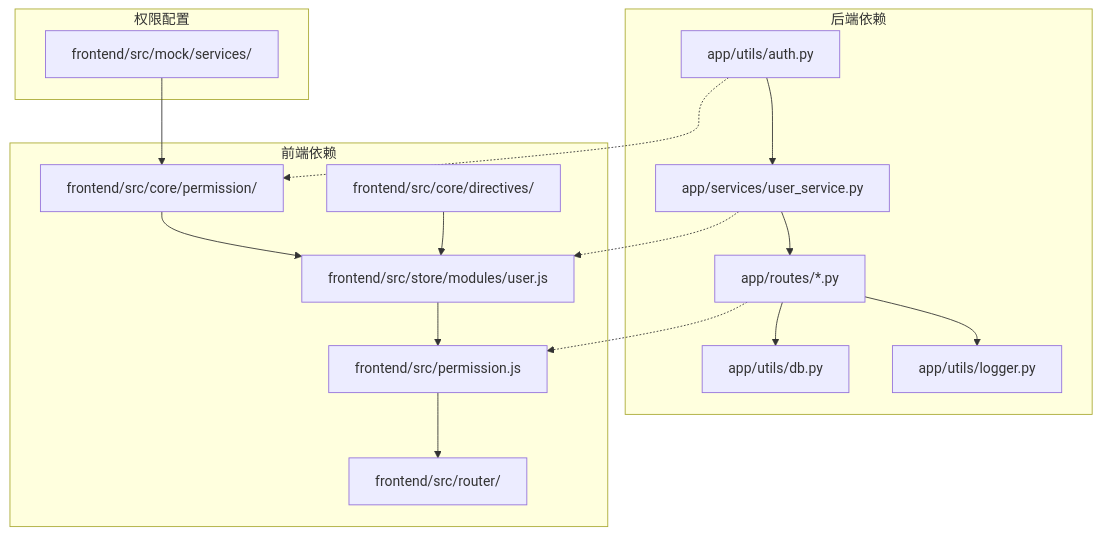
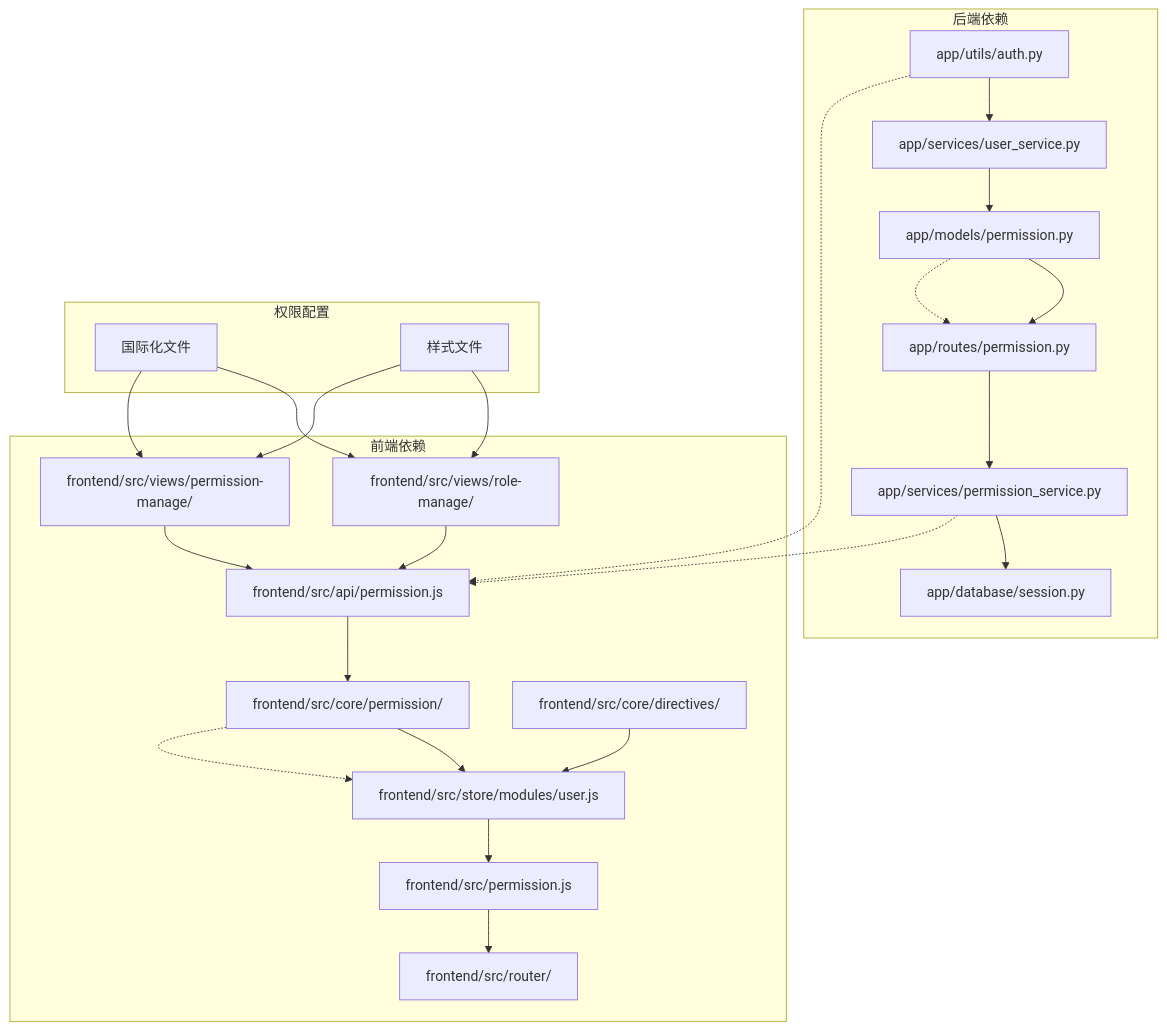
Diagram 12 of 13 in .qoder/repowiki/zh/content/用户管理与商业化/多用户系统/角色权限系统.md (joezxh/QuantDinger), drawn with Mermaid before and after one commit. The commit also changed other lines of this file and 548 other files, not shown here.

````diff
--- a/.qoder/repowiki/zh/content/用户管理与商业化/多用户系统/角色权限系统.md
+++ b/.qoder/repowiki/zh/content/用户管理与商业化/多用户系统/角色权限系统.md
@@ -332,21 +535,29 @@
 ```mermaid
 graph TB
 subgraph "后端依赖"
 A[app/utils/auth.py] --> B[app/services/user_service.py]
-B --> C[app/routes/*.py]
-C --> D[app/utils/db.py]
-C --> E[app/utils/logger.py]
+B --> C[app/models/permission.py]
+C --> D[app/routes/permission.py]
+D --> E[app/services/permission_service.py]
+E --> F[app/database/session.py]
 end
 subgraph "前端依赖"
-F[frontend/src/core/permission/] --> G[frontend/src/store/modules/user.js]
-G --> H[frontend/src/permission.js]
-H --> I[frontend/src/router/]
-J[frontend/src/core/directives/] --> G
+G[frontend/src/views/role-manage/] --> H[frontend/src/api/permission.js]
+H --> I[frontend/src/core/permission/]
+I --> J[frontend/src/store/modules/user.js]
+J --> K[frontend/src/permission.js]
+K --> L[frontend/src/router/]
+M[frontend/src/views/permission-manage/] --> H
+N[frontend/src/core/directives/] --> J
 end
 subgraph "权限配置"
-K[frontend/src/mock/services/] --> F
+O[国际化文件] --> G
+O --> M
+P[样式文件] --> G
+P --> M
 end
-A -.-> F
-B -.-> G
-C -.-> H
+A -.-> H
+C -.-> D
+E -.-> H
+I -.-> J
 ```
````
